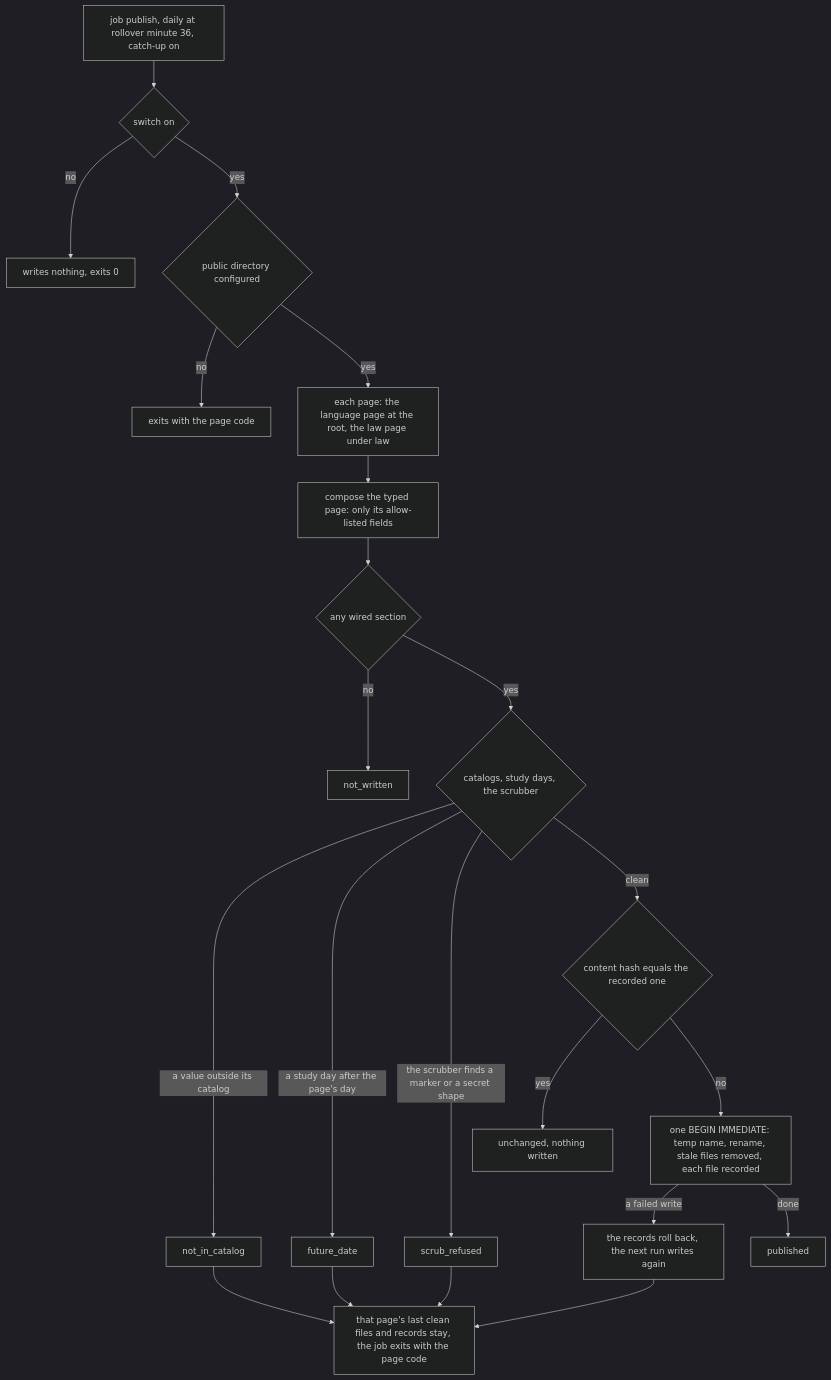
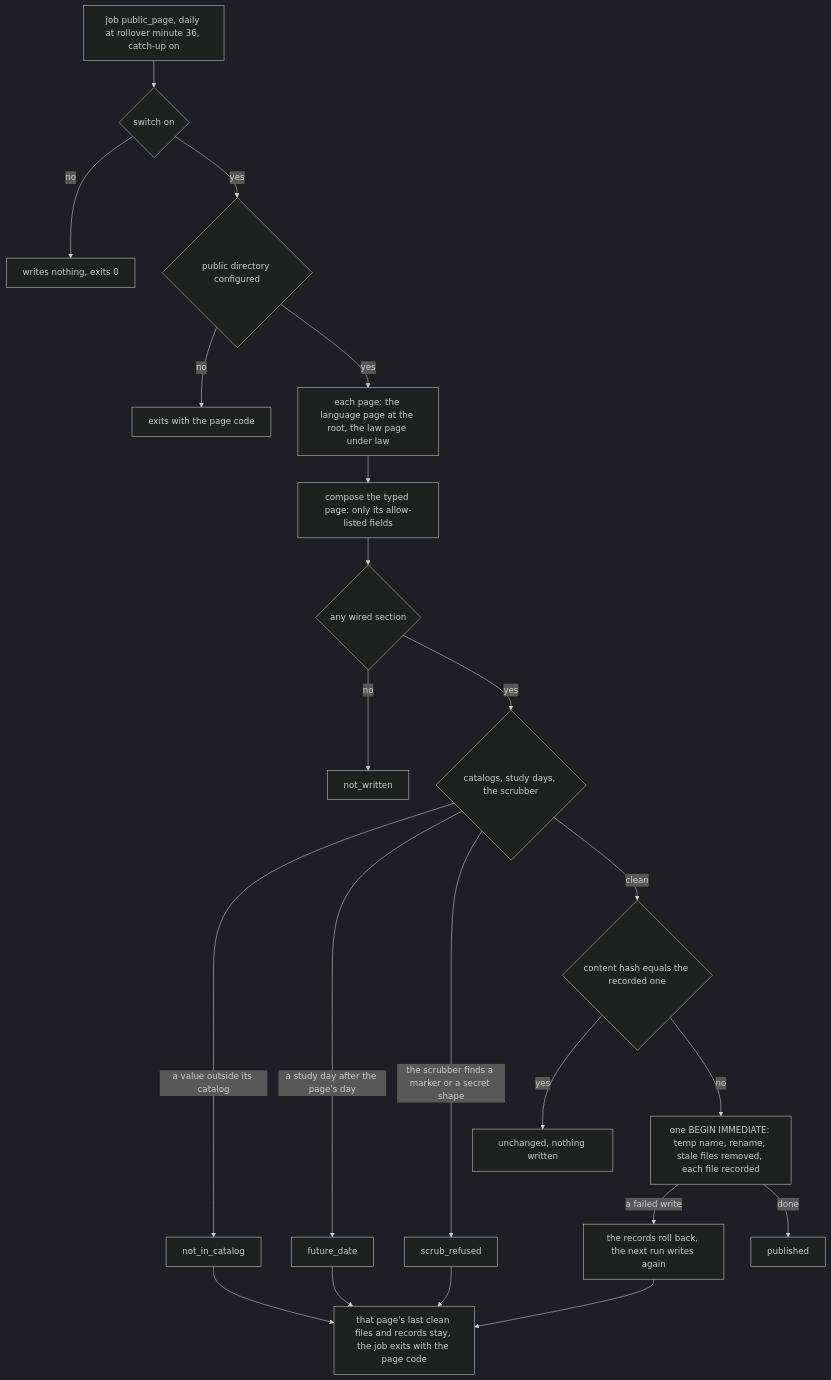
Before and after one commit to RexRenatus/deck-streak: the second of 4 diagrams in docs/schematics/w7-publishing-and-unpublishing.md, drawn with Mermaid (dark theme). The commit also changed 1 other file, not shown here.

Commit message:
docs(spec-137): name the publishing job public_page

````diff
--- a/docs/schematics/w7-publishing-and-unpublishing.md
+++ b/docs/schematics/w7-publishing-and-unpublishing.md
@@ -28,24 +28,24 @@
 ```mermaid
 flowchart TD
-  fire["job publish, daily at rollover minute 36, catch-up on"] --> sw{"switch on"}
+  fire["job public_page, daily at rollover minute 36, catch-up on"] --> sw{"switch on"}
   sw -->|no| z["writes nothing, exits 0"]
   sw -->|yes| dir{"public directory configured"}
   dir -->|no| pg["exits with the page code"]
   dir -->|yes| each["each page: the language page at the root, the law page under law"]
   each --> comp["compose the typed page: only its allow-listed fields"]
   comp --> wired{"any wired section"}
   wired -->|no| nw["not_written"]
   wired -->|yes| chk{"catalogs, study days, the scrubber"}
   chk -->|a value outside its catalog| r1["not_in_catalog"]
   chk -->|a study day after the page's day| r2["future_date"]
   chk -->|the scrubber finds a marker or a secret shape| r3["scrub_refused"]
   chk -->|clean| hash{"content hash equals the recorded one"}
   hash -->|yes| un["unchanged, nothing written"]
   hash -->|no| write["one BEGIN IMMEDIATE: temp name, rename, stale files removed, each file recorded"]
   write -->|a failed write| rb["the records roll back, the next run writes again"]
   write -->|done| pub["published"]
   r1 --> keep["that page's last clean files and records stay, the job exits with the page code"]
   r2 --> keep
   r3 --> keep
   rb --> keep
 ```
````
